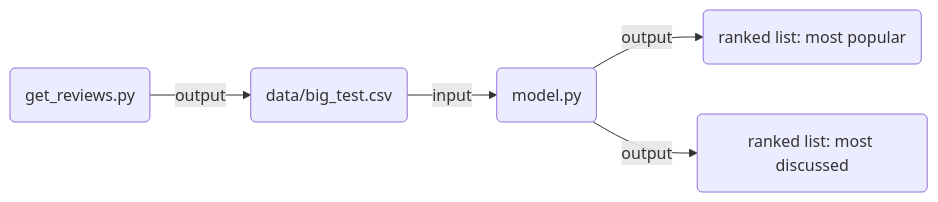
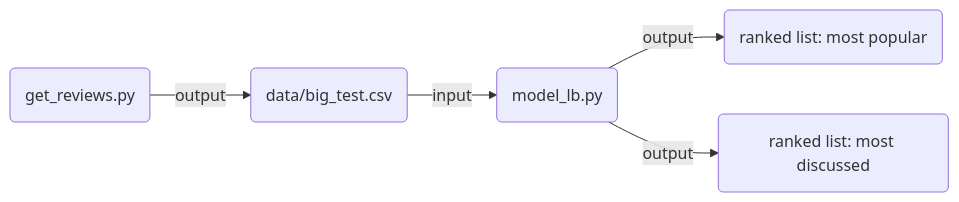
The diagram in README.md (alivabernali/MovieRekomendr), drawn with Mermaid before and after one commit. The commit also changed other lines of this file, not shown here.

````diff
--- a/README.md
+++ b/README.md
@@ -17,4 +17,4 @@
 ```mermaid
 graph LR
-A(get_reviews.py)-->|output| B(data/big_test.csv)-->|input| C(model.py)-->|output| D(ranked list: most popular) & E(ranked list: most discussed)
+A(get_reviews.py)-->|output| B(data/big_test.csv)-->|input| C(model_lb.py)-->|output| D(ranked list: most popular) & E(ranked list: most discussed)
 ```
````
